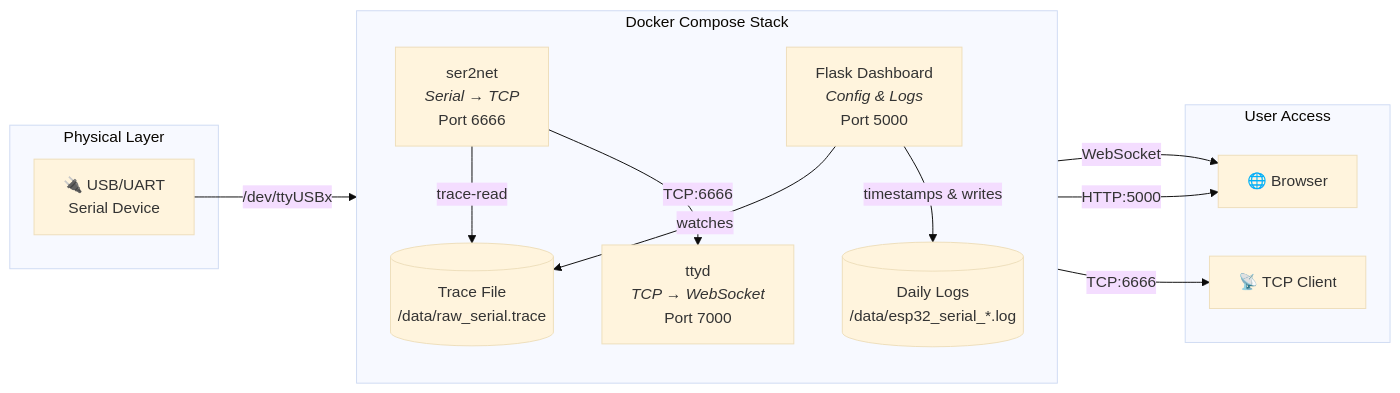
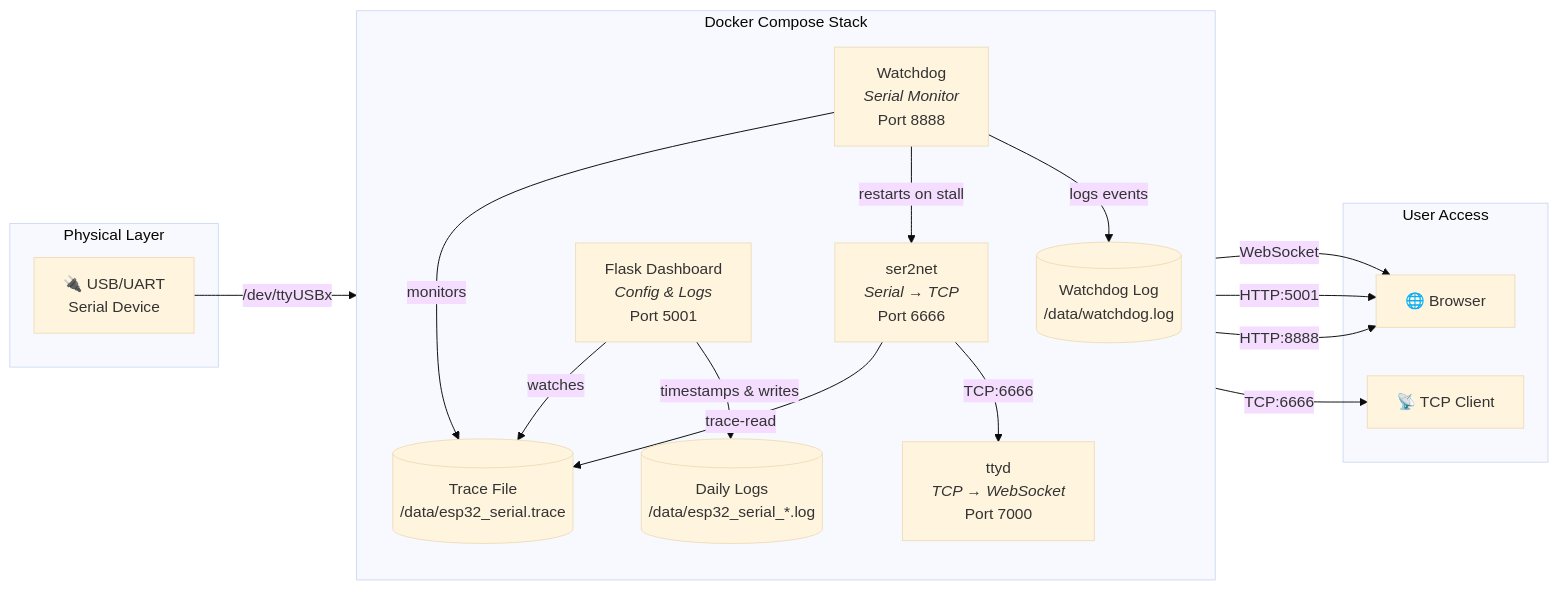
One commit to lorenzo-deluca/term-2-web changed the diagram in README.md. Above: the diagram before and after it, drawn with Mermaid (base theme). The commit also changed other lines of this file and 8 other files, not shown here.

Commit message:
feat: Introduce serial watchdog service, configure UART low_latency mode for improved serial stability, and update project documentation.

````diff
--- a/README.md
+++ b/README.md
@@ -31,31 +109,37 @@
 ```mermaid
 graph LR
     subgraph "Physical Layer"
         DEV["🔌 USB/UART<br>Serial Device"]
     end
 
     subgraph "Docker Compose Stack"
         direction TB
 
         SER2NET["ser2net<br><i>Serial → TCP</i><br>Port 6666"]
         TTYD["ttyd<br><i>TCP → WebSocket</i><br>Port 7000"]
-        FLASK["Flask Dashboard<br><i>Config & Logs</i><br>Port 5000"]
-        TRACE[("Trace File<br>/data/raw_serial.trace")]
+        FLASK["Flask Dashboard<br><i>Config & Logs</i><br>Port 5001"]
+        WATCHDOG["Watchdog<br><i>Serial Monitor</i><br>Port 8888"]
+        TRACE[("Trace File<br>/data/esp32_serial.trace")]
         LOGS[("Daily Logs<br>/data/esp32_serial_*.log")]
+        WDLOG[("Watchdog Log<br>/data/watchdog.log")]
 
         SER2NET -->|"trace-read"| TRACE
         FLASK -->|"watches"| TRACE
         FLASK -->|"timestamps & writes"| LOGS
+        WATCHDOG -->|"monitors"| TRACE
+        WATCHDOG -->|"restarts on stall"| SER2NET
+        WATCHDOG -->|"logs events"| WDLOG
     end
 
     subgraph "User Access"
         BROWSER["🌐 Browser"]
         TCP_CLIENT["📡 TCP Client"]
     end
 
     DEV -->|"/dev/ttyUSBx"| SER2NET
     SER2NET -->|"TCP:6666"| TTYD
     SER2NET -->|"TCP:6666"| TCP_CLIENT
     TTYD -->|"WebSocket"| BROWSER
-    FLASK -->|"HTTP:5000"| BROWSER
+    FLASK -->|"HTTP:5001"| BROWSER
+    WATCHDOG -->|"HTTP:8888"| BROWSER
 ```
````
